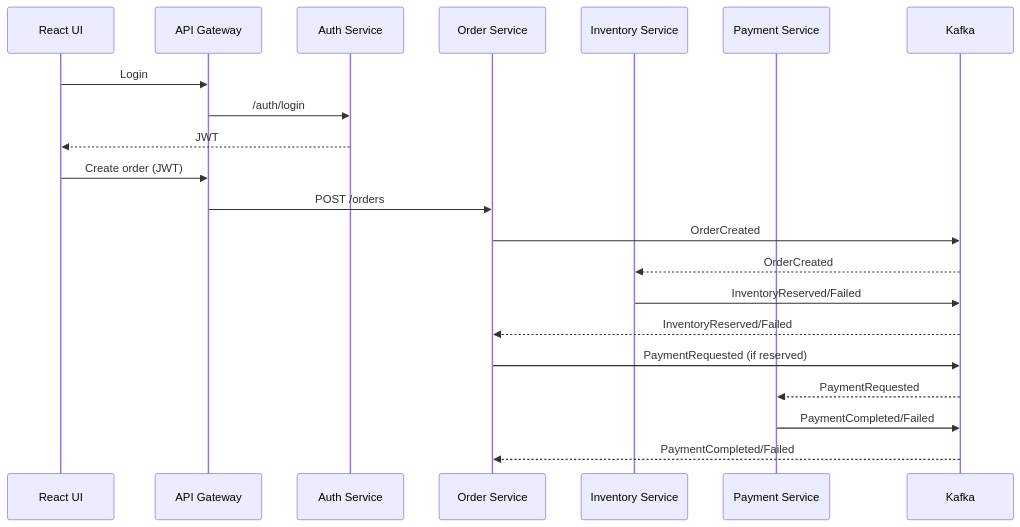
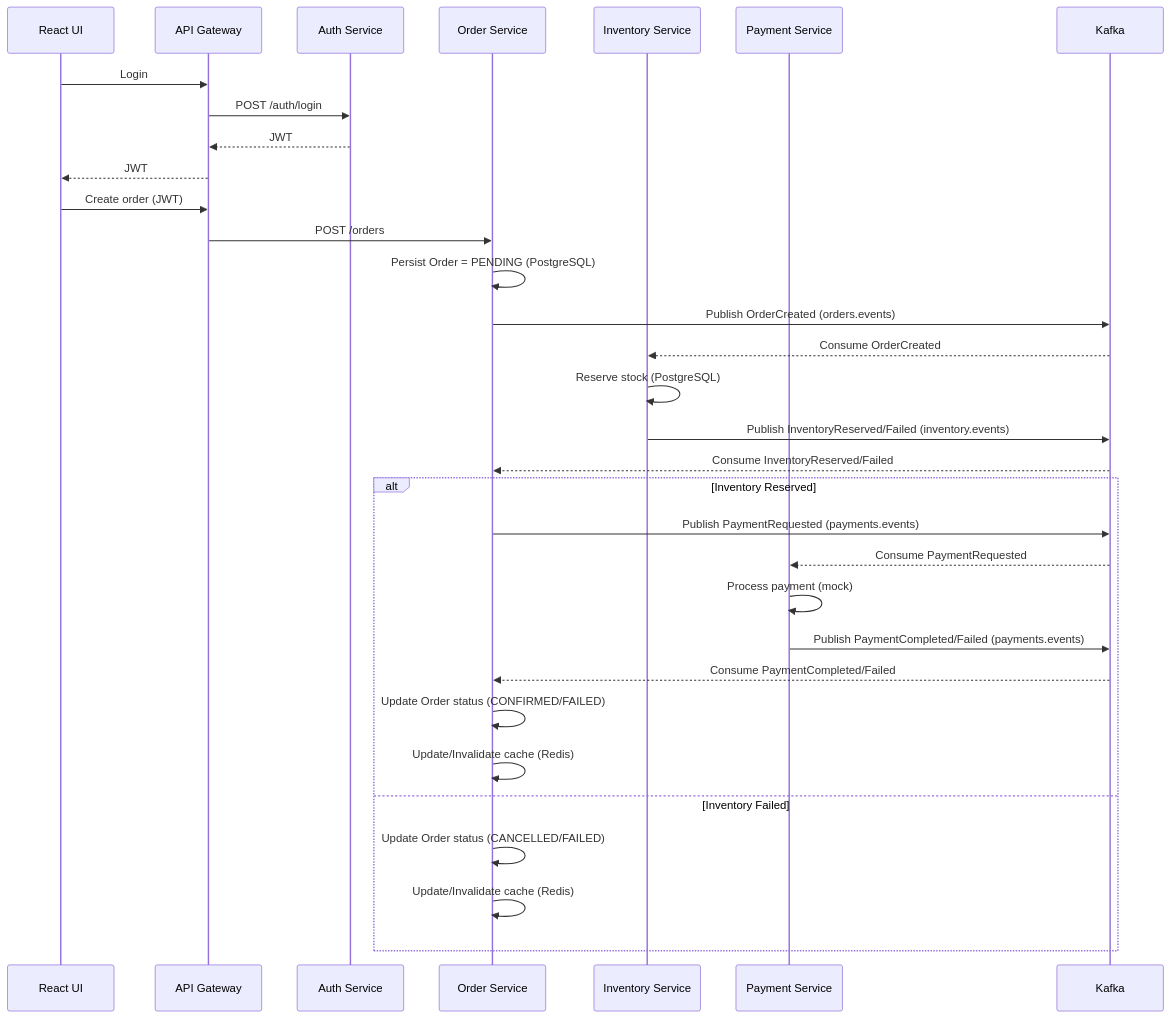
One commit to leelamanisankarpeerukattla/enterprise-order-management-system changed the diagram in README.md. Above: the diagram before and after it, drawn with Mermaid. The commit also changed other lines of this file, not shown here.

````diff
--- a/README.md
+++ b/README.md
@@ -34,25 +37,38 @@
 ```mermaid
 sequenceDiagram
   participant UI as React UI
   participant GW as API Gateway
   participant AUTH as Auth Service
   participant ORD as Order Service
   participant INV as Inventory Service
   participant PAY as Payment Service
   participant K as Kafka
 
   UI->>GW: Login
-  GW->>AUTH: /auth/login
-  AUTH-->>UI: JWT
+  GW->>AUTH: POST /auth/login
+  AUTH-->>GW: JWT
+  GW-->>UI: JWT
 
   UI->>GW: Create order (JWT)
   GW->>ORD: POST /orders
-  ORD->>K: OrderCreated
-  K-->>INV: OrderCreated
-  INV->>K: InventoryReserved/Failed
-  K-->>ORD: InventoryReserved/Failed
-  ORD->>K: PaymentRequested (if reserved)
-  K-->>PAY: PaymentRequested
-  PAY->>K: PaymentCompleted/Failed
-  K-->>ORD: PaymentCompleted/Failed
+  ORD->>ORD: Persist Order = PENDING (PostgreSQL)
+  ORD->>K: Publish OrderCreated (orders.events)
+
+  K-->>INV: Consume OrderCreated
+  INV->>INV: Reserve stock (PostgreSQL)
+  INV->>K: Publish InventoryReserved/Failed (inventory.events)
+
+  K-->>ORD: Consume InventoryReserved/Failed
+  alt Inventory Reserved
+    ORD->>K: Publish PaymentRequested (payments.events)
+    K-->>PAY: Consume PaymentRequested
+    PAY->>PAY: Process payment (mock)
+    PAY->>K: Publish PaymentCompleted/Failed (payments.events)
+    K-->>ORD: Consume PaymentCompleted/Failed
+    ORD->>ORD: Update Order status (CONFIRMED/FAILED)
+    ORD->>ORD: Update/Invalidate cache (Redis)
+  else Inventory Failed
+    ORD->>ORD: Update Order status (CANCELLED/FAILED)
+    ORD->>ORD: Update/Invalidate cache (Redis)
+  end
 ```
````
